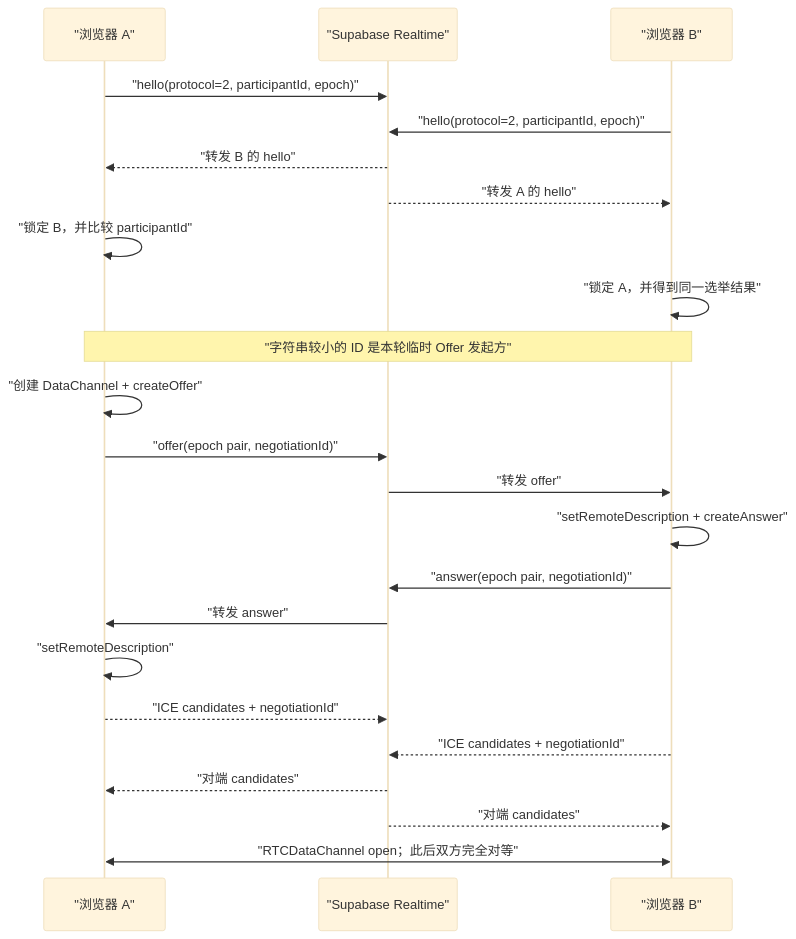
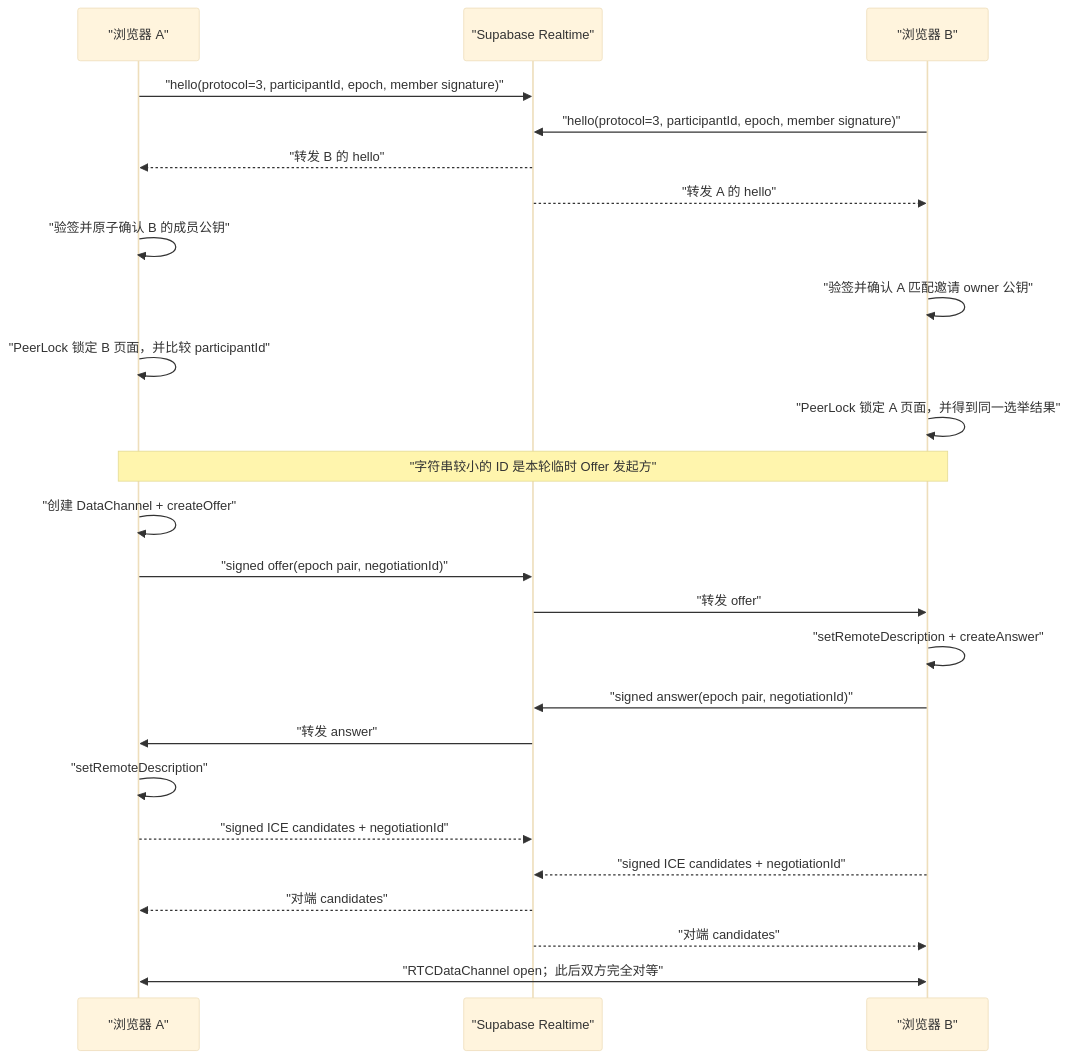
One commit to MarcWebber/p2p-chat changed the diagram in docs/webrtc-security.md. Above: the diagram before and after it, drawn with Mermaid (base theme). The commit also changed other lines of this file and 30 other files, not shown here.

````diff
--- a/docs/webrtc-security.md
+++ b/docs/webrtc-security.md
@@ -11,26 +11,28 @@
 ```mermaid
 sequenceDiagram
   participant A as "浏览器 A"
   participant S as "Supabase Realtime"
   participant B as "浏览器 B"
 
-  A->>S: "hello(protocol=2, participantId, epoch)"
-  B->>S: "hello(protocol=2, participantId, epoch)"
+  A->>S: "hello(protocol=3, participantId, epoch, member signature)"
+  B->>S: "hello(protocol=3, participantId, epoch, member signature)"
   S-->>A: "转发 B 的 hello"
   S-->>B: "转发 A 的 hello"
-  A->>A: "锁定 B，并比较 participantId"
-  B->>B: "锁定 A，并得到同一选举结果"
+  A->>A: "验签并原子确认 B 的成员公钥"
+  B->>B: "验签并确认 A 匹配邀请 owner 公钥"
+  A->>A: "PeerLock 锁定 B 页面，并比较 participantId"
+  B->>B: "PeerLock 锁定 A 页面，并得到同一选举结果"
   Note over A,B: "字符串较小的 ID 是本轮临时 Offer 发起方"
   A->>A: "创建 DataChannel + createOffer"
-  A->>S: "offer(epoch pair, negotiationId)"
+  A->>S: "signed offer(epoch pair, negotiationId)"
   S->>B: "转发 offer"
   B->>B: "setRemoteDescription + createAnswer"
-  B->>S: "answer(epoch pair, negotiationId)"
+  B->>S: "signed answer(epoch pair, negotiationId)"
   S->>A: "转发 answer"
   A->>A: "setRemoteDescription"
-  A-->>S: "ICE candidates + negotiationId"
-  B-->>S: "ICE candidates + negotiationId"
+  A-->>S: "signed ICE candidates + negotiationId"
+  B-->>S: "signed ICE candidates + negotiationId"
   S-->>A: "对端 candidates"
   S-->>B: "对端 candidates"
   A<<->>B: "RTCDataChannel open；此后双方完全对等"
 ```
````
